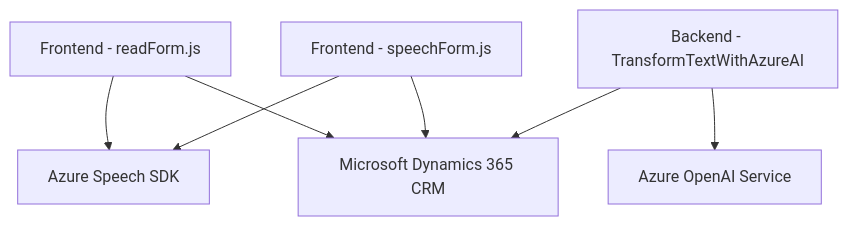
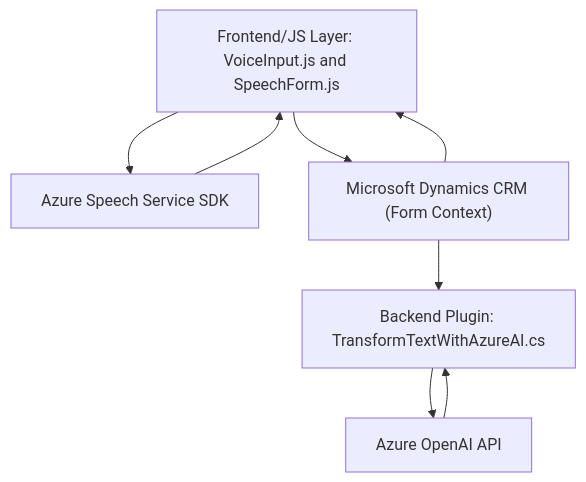
The diagram in README.md (blopezdm/NETCORE_BILBAO2025), drawn with Mermaid before and after one commit. The commit also changed other lines of this file, not shown here.

````diff
--- a/README.md
+++ b/README.md
@@ -33,16 +30,16 @@
 ```mermaid
 graph TD
-    A["Frontend - readForm.js"]
-    B["Frontend - speechForm.js"]
-    C["Backend - TransformTextWithAzureAI"]
-    D["Microsoft Dynamics 365 CRM"]
-    E["Azure Speech SDK"]
-    F["Azure OpenAI Service"]
-
-    A --> E
-    B --> E
-    A --> D
-    B --> D
-    C --> F
-    C --> D
+  A["Frontend/JS Layer: VoiceInput.js and SpeechForm.js"]
+  B["Azure Speech Service SDK"]
+  C["Microsoft Dynamics CRM (Form Context)"]
+  D["Backend Plugin: TransformTextWithAzureAI.cs"]
+  E["Azure OpenAI API"]
+  
+  A --> B
+  A --> C
+  B --> A
+  C --> A
+  C --> D
+  D --> E
+  E --> D
 ```
````
